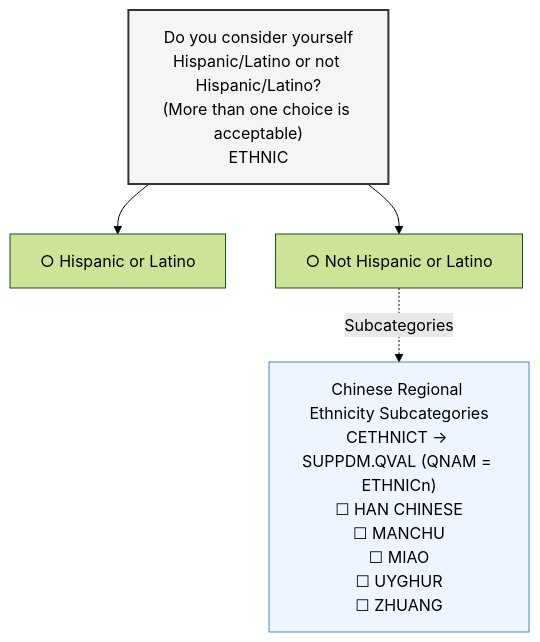
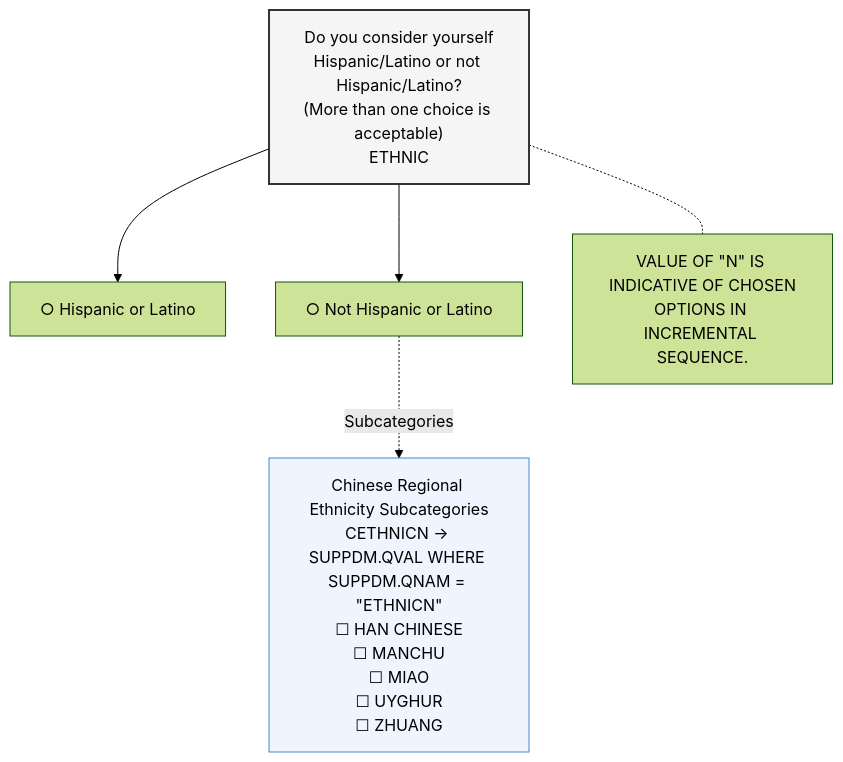
Before and after one commit to hakupao/sdtm-pedia: the second of 4 diagrams in knowledge_base/domains/DM/examples.md, drawn with Mermaid (forest theme). The commit also changed other lines of this file and 6 other files, not shown here.

First line of the commit message:
fix(kb): Tier B batch B-DM — DM examples (CRF metadata tables, Mermaid D6) + Description/spec vs SDTMIG v3.4 (PASS; local)

````diff
--- a/knowledge_base/domains/DM/examples.md
+++ b/knowledge_base/domains/DM/examples.md
@@ -222,16 +236,18 @@
 ```mermaid
 graph TD
     Q["Do you consider yourself<br/>Hispanic/Latino or not Hispanic/Latino?<br/>(More than one choice is acceptable)<br/>ETHNIC"]
     H["○ Hispanic or Latino"]
     NH["○ Not Hispanic or Latino"]
 
     Q --> H
     Q --> NH
 
-    SC["Chinese Regional Ethnicity Subcategories<br/>CETHNICT → SUPPDM.QVAL (QNAM = ETHNICn)<br/>☐ HAN CHINESE<br/>☐ MANCHU<br/>☐ MIAO<br/>☐ UYGHUR<br/>☐ ZHUANG"]
+    SC["Chinese Regional Ethnicity Subcategories<br/>CETHNICN → SUPPDM.QVAL WHERE SUPPDM.QNAM = #quot;ETHNICN#quot;<br/>☐ HAN CHINESE<br/>☐ MANCHU<br/>☐ MIAO<br/>☐ UYGHUR<br/>☐ ZHUANG"]
+    NOTE["VALUE OF #quot;N#quot; IS INDICATIVE OF CHOSEN<br/>OPTIONS IN INCREMENTAL SEQUENCE."]
 
     NH -.->|"Subcategories"| SC
+    Q -.- NOTE
 
     style Q fill:#f5f5f5,stroke:#333,stroke-width:2px
     style SC fill:#eef5ff,stroke:#4a86c8
 ```
````
